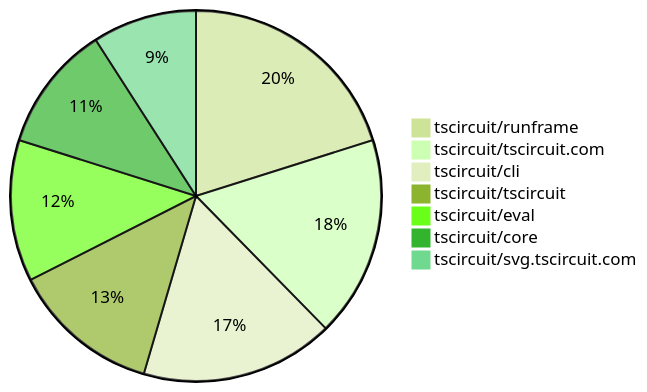
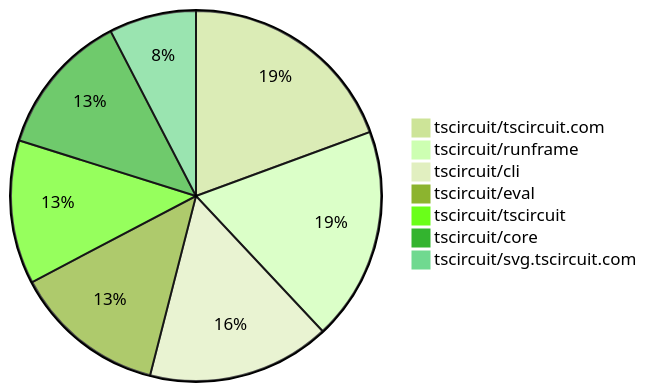
The second of 2 diagrams in README.md (tscircuit/contribution-tracker), drawn with Mermaid (forest theme) before and after one commit. The commit also changed other lines of this file and 3 other files, not shown here.

````diff
--- a/README.md
+++ b/README.md
@@ -122,10 +128,10 @@
 ```mermaid
 pie
-    "tscircuit/runframe" : 31
-    "tscircuit/tscircuit.com" : 27
-    "tscircuit/cli" : 26
-    "tscircuit/tscircuit" : 20
-    "tscircuit/eval" : 19
-    "tscircuit/core" : 17
-    "tscircuit/svg.tscircuit.com" : 14
+    "tscircuit/tscircuit.com" : 51
+    "tscircuit/runframe" : 49
+    "tscircuit/cli" : 42
+    "tscircuit/eval" : 35
+    "tscircuit/tscircuit" : 33
+    "tscircuit/core" : 33
+    "tscircuit/svg.tscircuit.com" : 20
 ```
````
